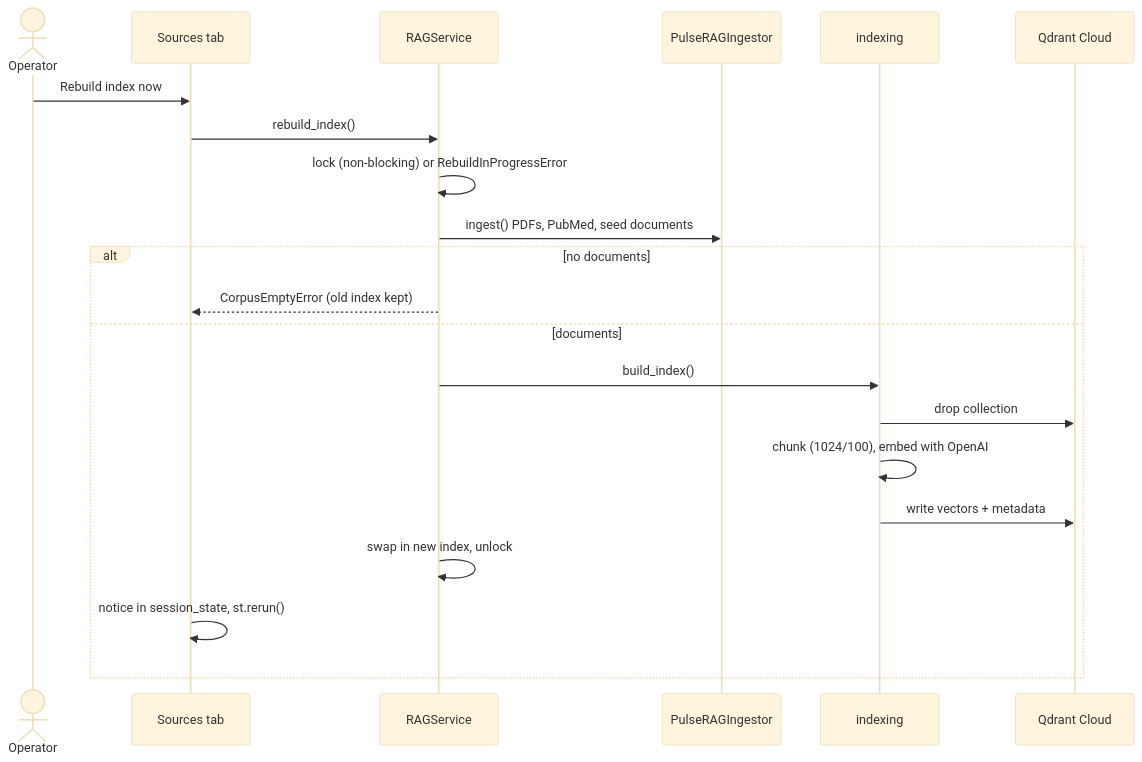
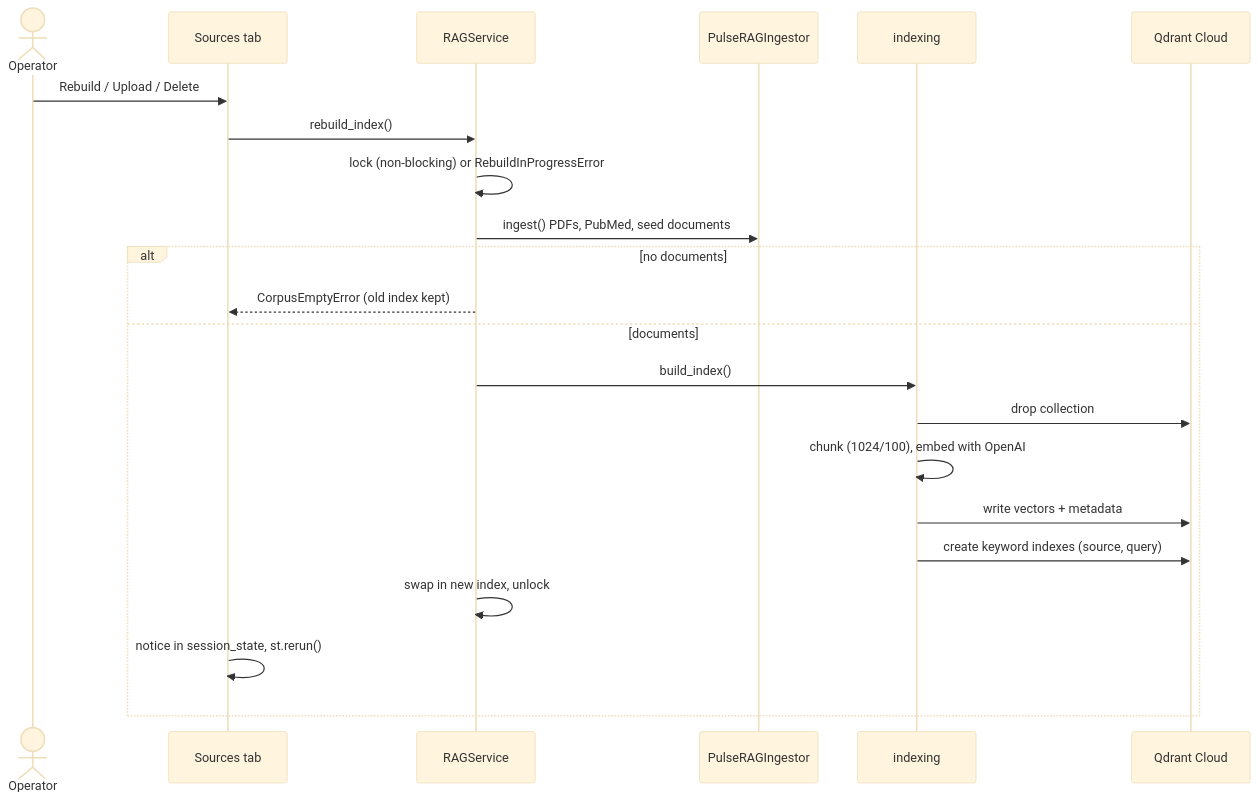
One commit to abhishek-tiwari-nitrr/PulseRAG changed the third of 6 diagrams in docs/HLD.md. Above: the diagram before and after it, drawn with Mermaid (base theme). The commit also changed other lines of this file and 14 other files, not shown here.

````diff
--- a/docs/HLD.md
+++ b/docs/HLD.md
@@ -72,23 +82,24 @@
 ```mermaid
 sequenceDiagram
     actor Op as Operator
     participant SRC as Sources tab
     participant SVC as RAGService
     participant ING as PulseRAGIngestor
     participant IDX as indexing
     participant QC as Qdrant Cloud
-    Op->>SRC: Rebuild index now
+    Op->>SRC: Rebuild / Upload / Delete
     SRC->>SVC: rebuild_index()
     SVC->>SVC: lock (non-blocking) or RebuildInProgressError
     SVC->>ING: ingest() PDFs, PubMed, seed documents
     alt no documents
         SVC-->>SRC: CorpusEmptyError (old index kept)
     else documents
         SVC->>IDX: build_index()
         IDX->>QC: drop collection
         IDX->>IDX: chunk (1024/100), embed with OpenAI
         IDX->>QC: write vectors + metadata
+        IDX->>QC: create keyword indexes (source, query)
         SVC->>SVC: swap in new index, unlock
         SRC->>SRC: notice in session_state, st.rerun()
     end
 ```
````
